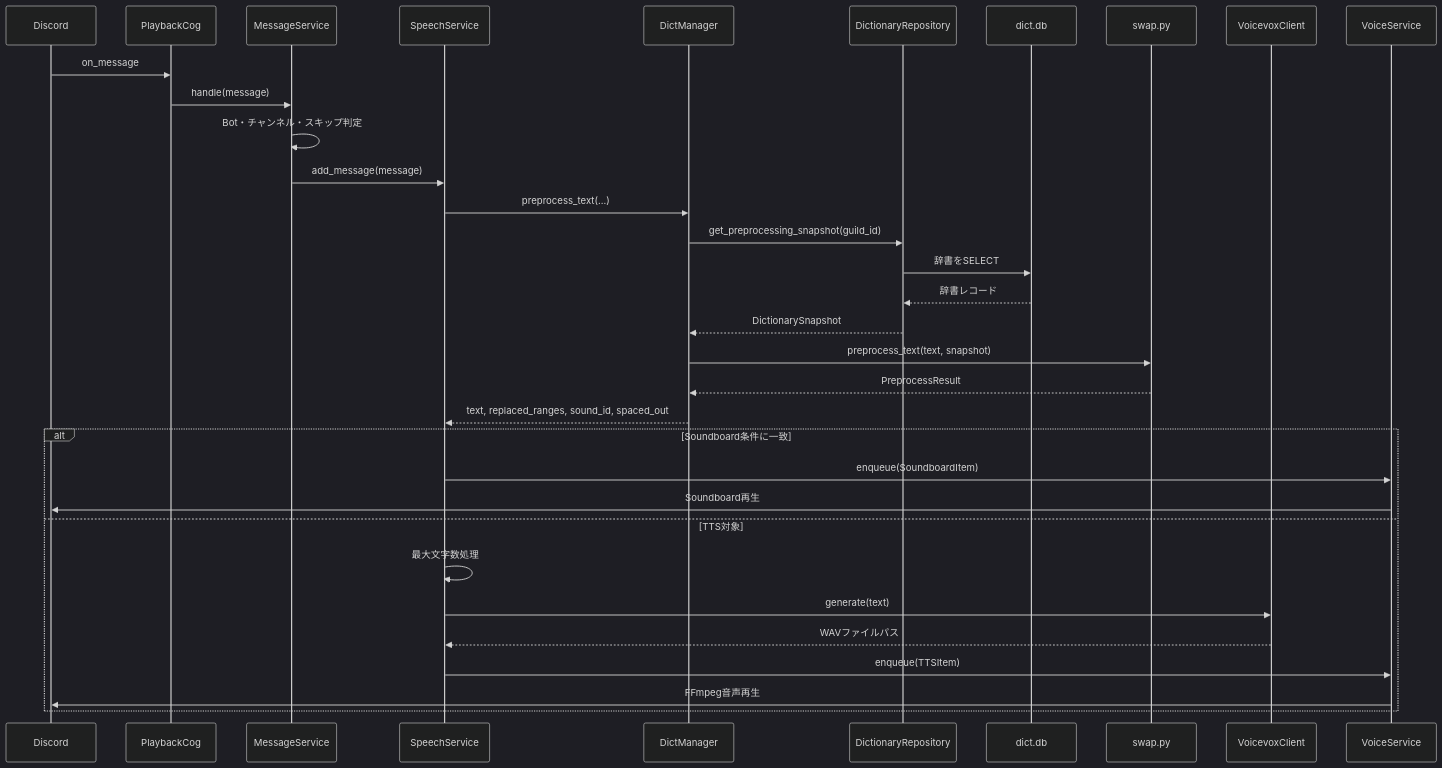
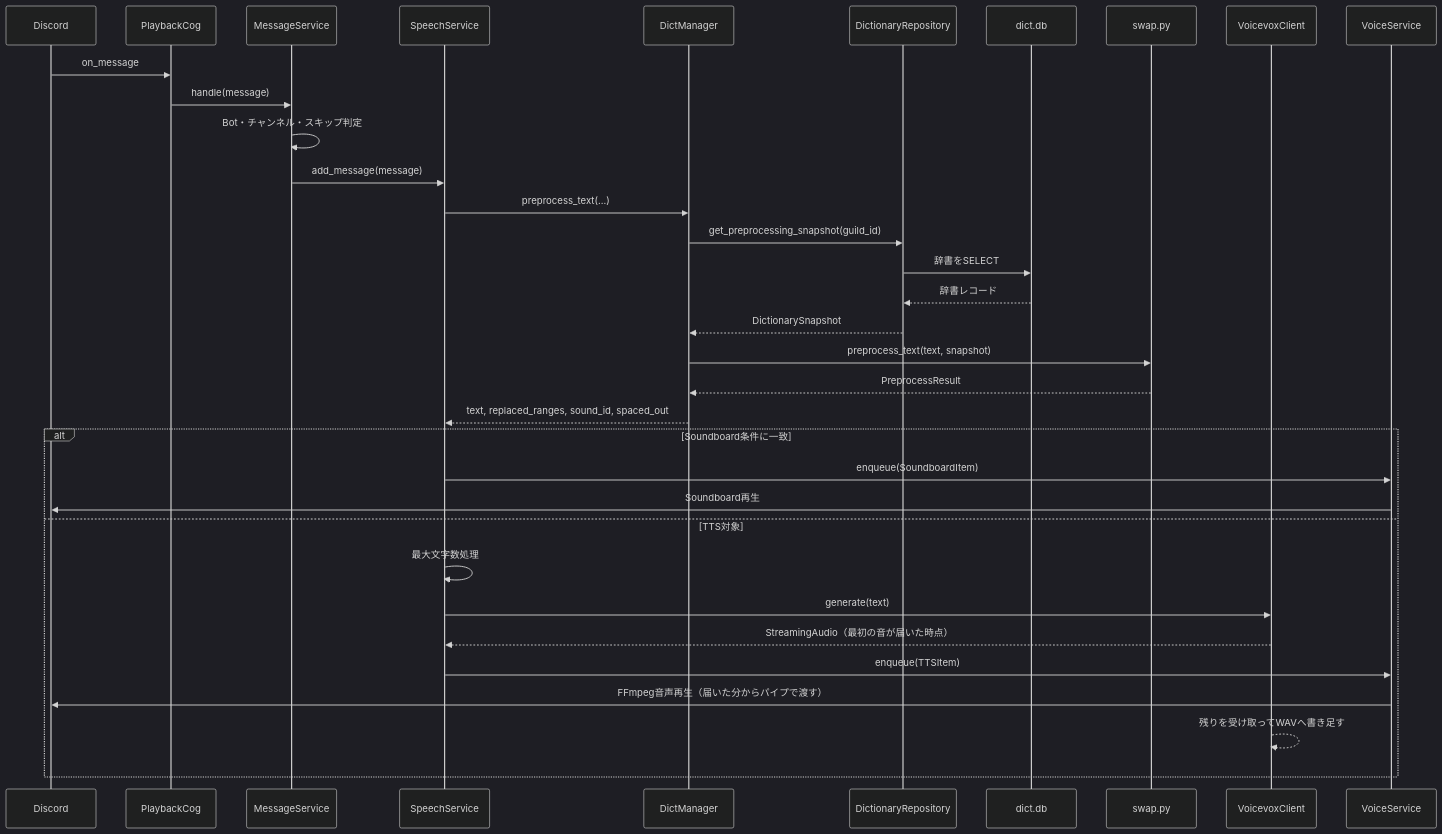
Before and after one commit to dora-ntmk/Tsumugium: the second of 5 diagrams in docs/ARCHITECTURE.md, drawn with Mermaid (dark theme). The commit also changed other lines of this file and 18 other files, not shown here.

````diff
--- a/docs/ARCHITECTURE.md
+++ b/docs/ARCHITECTURE.md
@@ -78,36 +78,37 @@
 ```mermaid
 sequenceDiagram
     participant Discord
     participant Cog as PlaybackCog
     participant Message as MessageService
     participant Speech as SpeechService
     participant Dict as DictManager
     participant Repo as DictionaryRepository
     participant DB as dict.db
     participant Swap as swap.py
     participant VV as VoicevoxClient
     participant Voice as VoiceService
 
     Discord->>Cog: on_message
     Cog->>Message: handle(message)
     Message->>Message: Bot・チャンネル・スキップ判定
     Message->>Speech: add_message(message)
     Speech->>Dict: preprocess_text(...)
     Dict->>Repo: get_preprocessing_snapshot(guild_id)
     Repo->>DB: 辞書をSELECT
     DB-->>Repo: 辞書レコード
     Repo-->>Dict: DictionarySnapshot
     Dict->>Swap: preprocess_text(text, snapshot)
     Swap-->>Dict: PreprocessResult
     Dict-->>Speech: text, replaced_ranges, sound_id, spaced_out
     alt Soundboard条件に一致
         Speech->>Voice: enqueue(SoundboardItem)
         Voice->>Discord: Soundboard再生
     else TTS対象
         Speech->>Speech: 最大文字数処理
         Speech->>VV: generate(text)
-        VV-->>Speech: WAVファイルパス
+        VV-->>Speech: StreamingAudio（最初の音が届いた時点）
         Speech->>Voice: enqueue(TTSItem)
-        Voice->>Discord: FFmpeg音声再生
+        Voice->>Discord: FFmpeg音声再生（届いた分からパイプで渡す）
+        VV-->>VV: 残りを受け取ってWAVへ書き足す
     end
 ```
````
